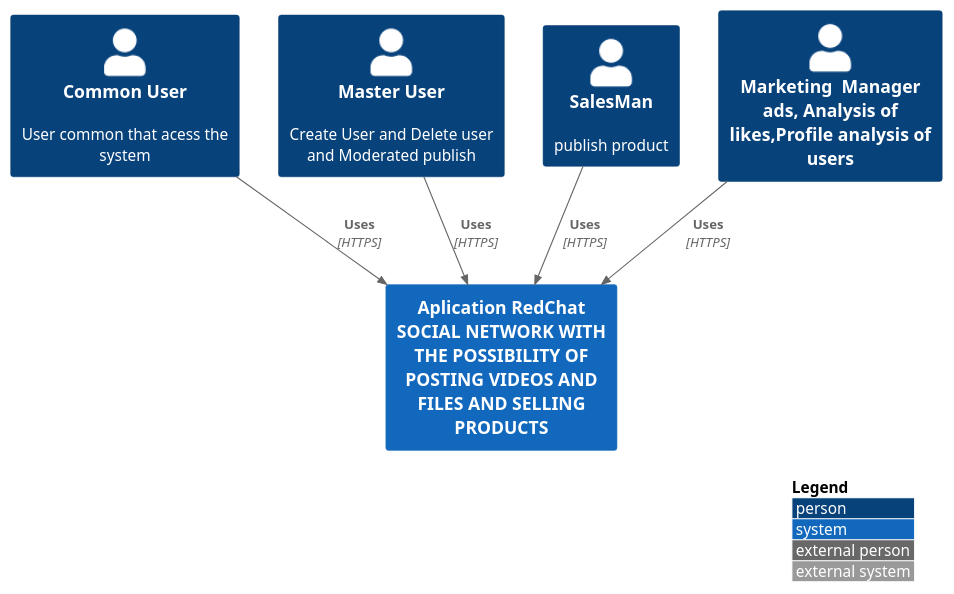
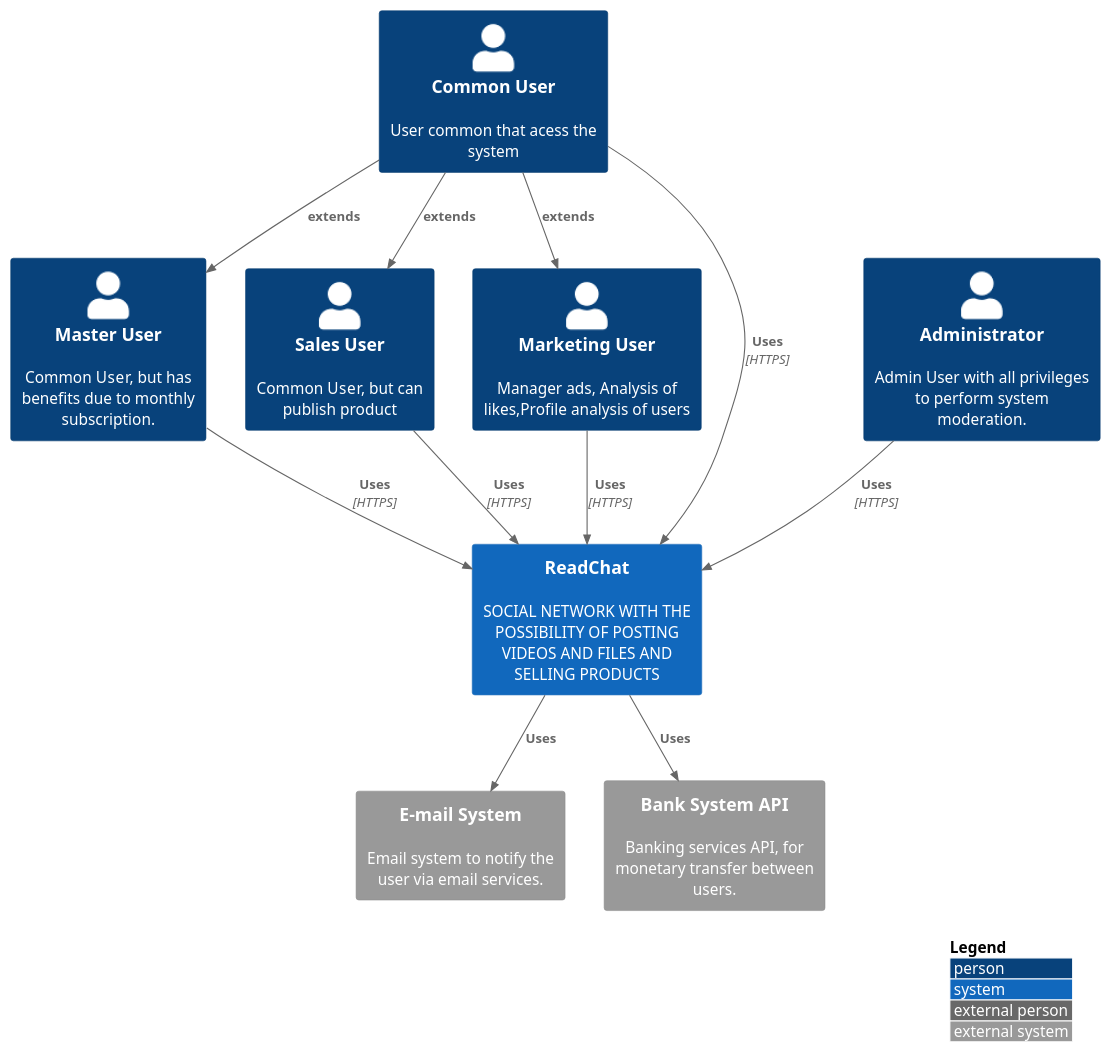
Before and after one commit to ertelsoares/Disciplinas-TSI: the diagram in C4-Analise-de-sistemas-2/ModeloArquiteturaC4/src/Red-Chat/context.puml, drawn with PlantUML. The commit also changed 12 other files, not shown here.

```diff
--- a/C4-Analise-de-sistemas-2/ModeloArquiteturaC4/src/Red-Chat/context.puml
+++ b/C4-Analise-de-sistemas-2/ModeloArquiteturaC4/src/Red-Chat/context.puml
@@ -1,18 +1,27 @@
 @startuml 
 !include https://raw.githubusercontent.com/adrianvlupu/C4-PlantUML/latest/C4_Context.puml
 
 LAYOUT_WITH_LEGEND()
 ' Aqui você cria os usuários
-Person(cms, "Common User", "User common that acess the system")
-Person(mu, "Master User", "Create User and Delete user and Moderated publish")
-Person(sm, "SalesMan", "publish product")
-Person(m, "Marketing  Manager ads, Analysis of likes,Profile analysis of users")
+Person(cmu, "Common User", "User common that acess the system")
+Person(mu, "Master User", "Common User, but has benefits due to monthly subscription.")
+Person(sm, "Sales User", "Common User, but can publish product")
+Person(mkt, "Marketing User", "Manager ads, Analysis of likes,Profile analysis of users")
+Person(adm, "Administrator", "Admin User with all privileges to perform system moderation.")
 
-System(redchat, "Aplication RedChat SOCIAL NETWORK WITH THE POSSIBILITY OF POSTING VIDEOS AND FILES AND SELLING PRODUCTS")
+System(readchat, "ReadChat", "SOCIAL NETWORK WITH THE POSSIBILITY OF POSTING VIDEOS AND FILES AND SELLING PRODUCTS")
+System_Ext(eml, "E-mail System", "Email system to notify the user via email services.")
+System_Ext(bsy, "Bank System API", "Banking services API, for monetary transfer between users.")
 
-Rel(cms, redchat, "Uses", "HTTPS")
-Rel(mu, redchat, "Uses", "HTTPS")
-Rel(sm,redchat, "Uses", "HTTPS")
-Rel(m, redchat, "Uses", "HTTPS")
+Rel(cmu, mu, "extends")
+Rel(cmu, sm, "extends")
+Rel(cmu, mkt, "extends")
+Rel(cmu, readchat, "Uses", "HTTPS")
+Rel(adm, readchat, "Uses", "HTTPS")
+Rel(mu, readchat, "Uses", "HTTPS")
+Rel(sm,readchat, "Uses", "HTTPS")
+Rel(mkt, readchat, "Uses", "HTTPS")
+Rel(readchat, eml, "Uses")
+Rel(readchat, bsy, "Uses")
 
 @enduml
```
